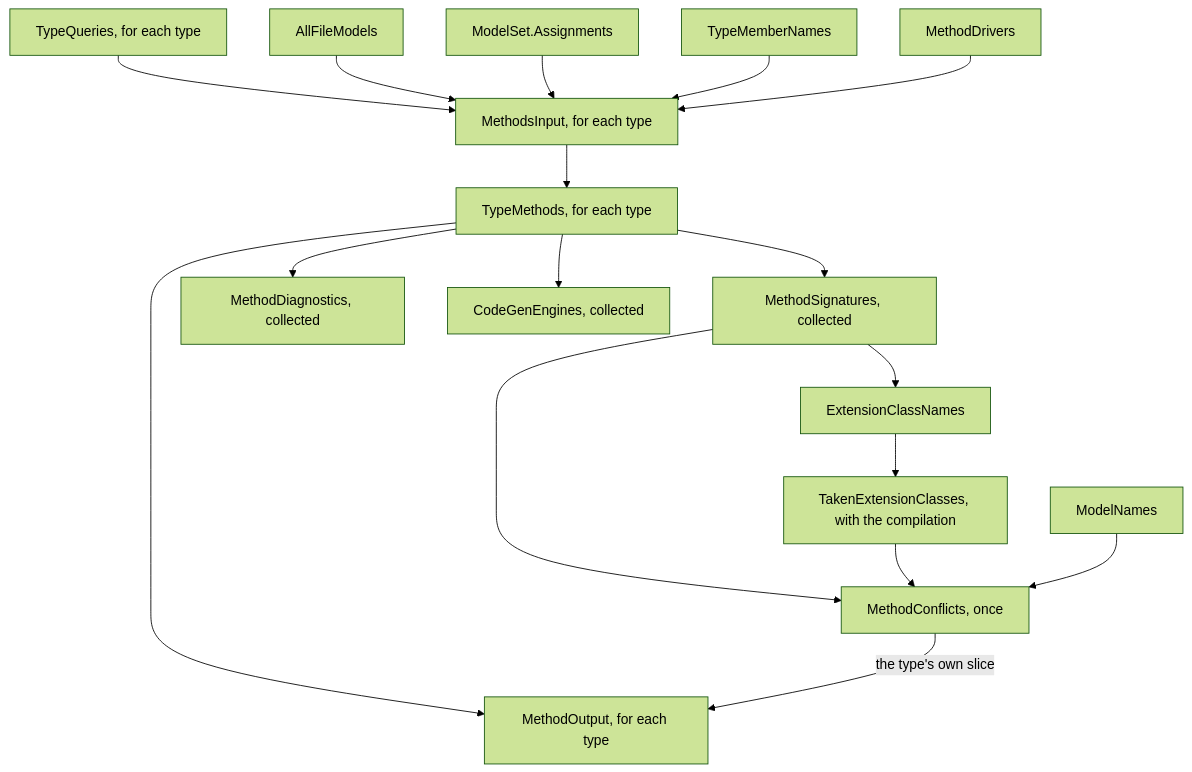
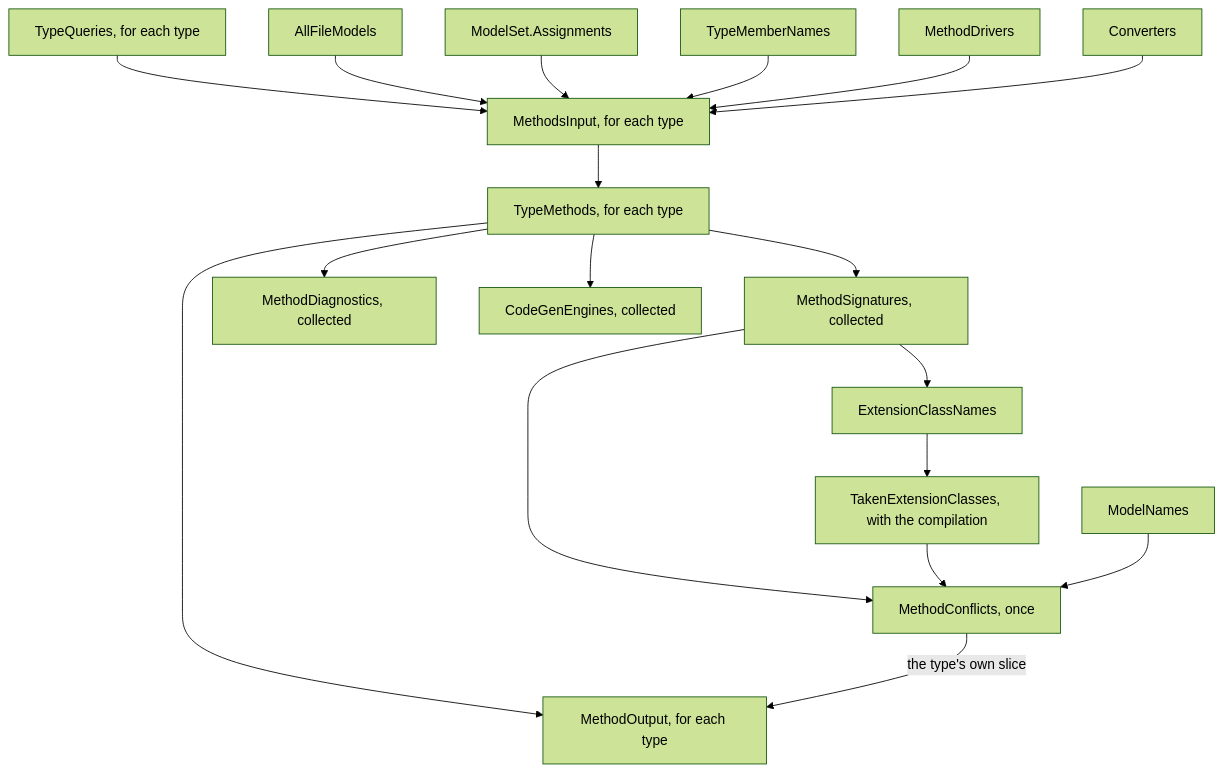
Before and after one commit to mbcrawfo/SqlSource: the third of 3 diagrams in docs/architecture/generator.md, drawn with Mermaid (forest theme). The commit also changed other lines of this file and 22 other files, not shown here.

````diff
--- a/docs/architecture/generator.md
+++ b/docs/architecture/generator.md
@@ -468,19 +469,20 @@
 ```mermaid
 flowchart TD
     typeQueries["TypeQueries, for each type"] --> input["MethodsInput, for each type"]
     all["AllFileModels"] --> input
     assignments["ModelSet.Assignments"] --> input
     names["TypeMemberNames"] --> input
     drivers["MethodDrivers"] --> input
+    converters["Converters"] --> input
     input --> plan["TypeMethods, for each type"]
     plan --> signatures["MethodSignatures, collected"]
     signatures --> classes["ExtensionClassNames"]
     classes --> taken["TakenExtensionClasses, with the compilation"]
     signatures --> conflicts["MethodConflicts, once"]
     taken --> conflicts
     modelNames["ModelNames"] --> conflicts
     plan --> output["MethodOutput, for each type"]
     conflicts -->|"the type's own slice"| output
     plan --> diagnostics["MethodDiagnostics, collected"]
     plan --> engines["CodeGenEngines, collected"]
 ```
````
